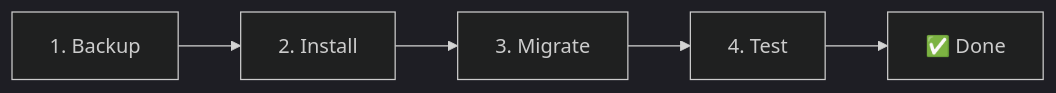
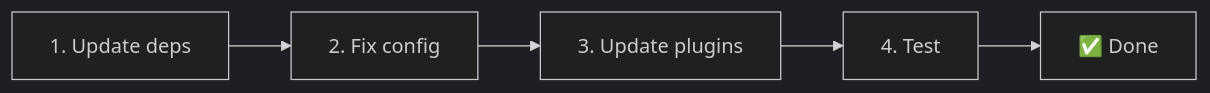
One commit to s00d/nuxt-i18n-micro changed the diagram in docs/guide/migration.md. Above: the diagram before and after it, drawn with Mermaid (dark theme). The commit also changed other lines of this file, not shown here.

````diff
--- a/docs/guide/migration.md
+++ b/docs/guide/migration.md
@@ -31,4 +13,4 @@
 ```mermaid
 flowchart LR
-    A[1. Backup] --> B[2. Install] --> C[3. Migrate] --> D[4. Test] --> E[✅ Done]
+    A["1. Update deps"] --> B["2. Fix config"] --> C["3. Update plugins"] --> D["4. Test"] --> E["✅ Done"]
 ```
````
